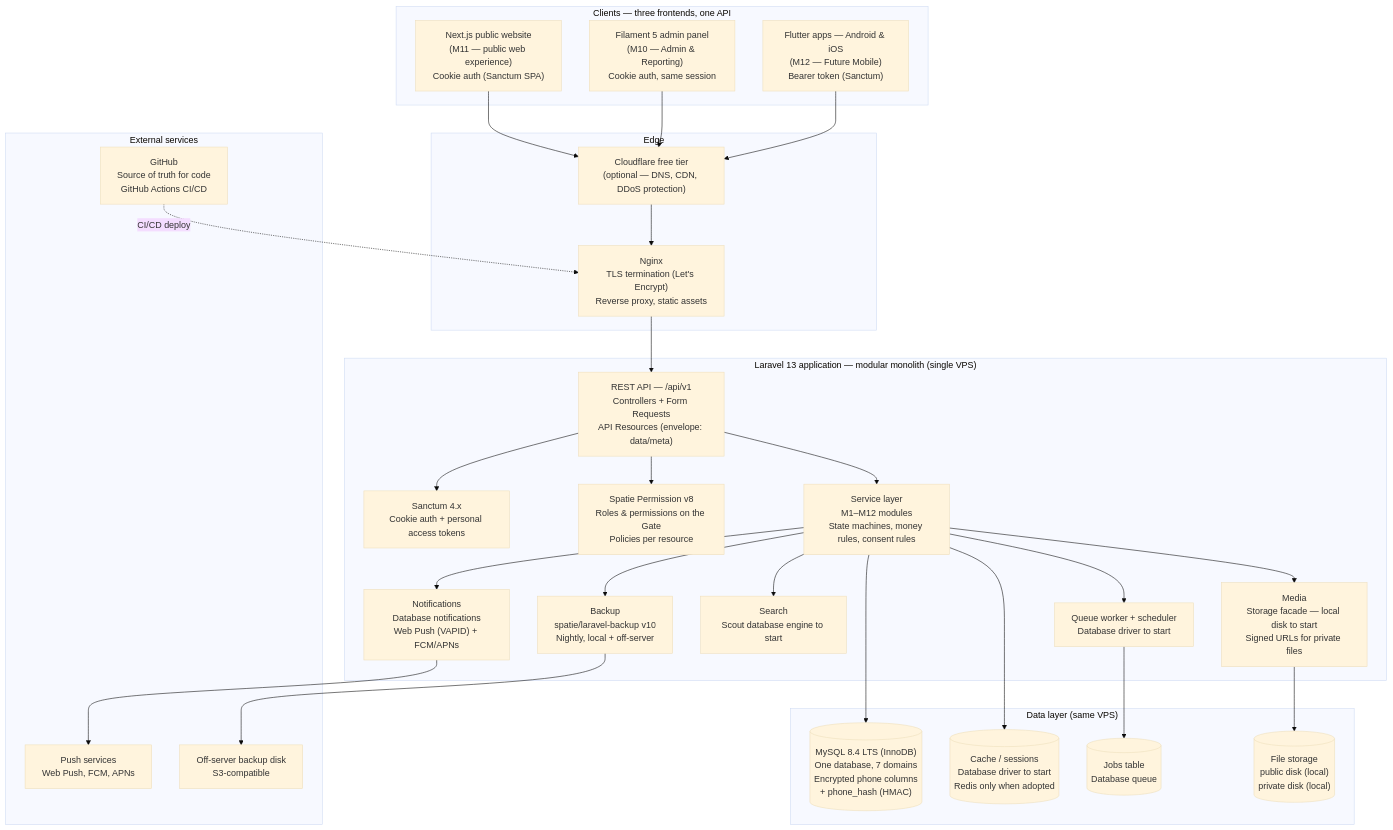
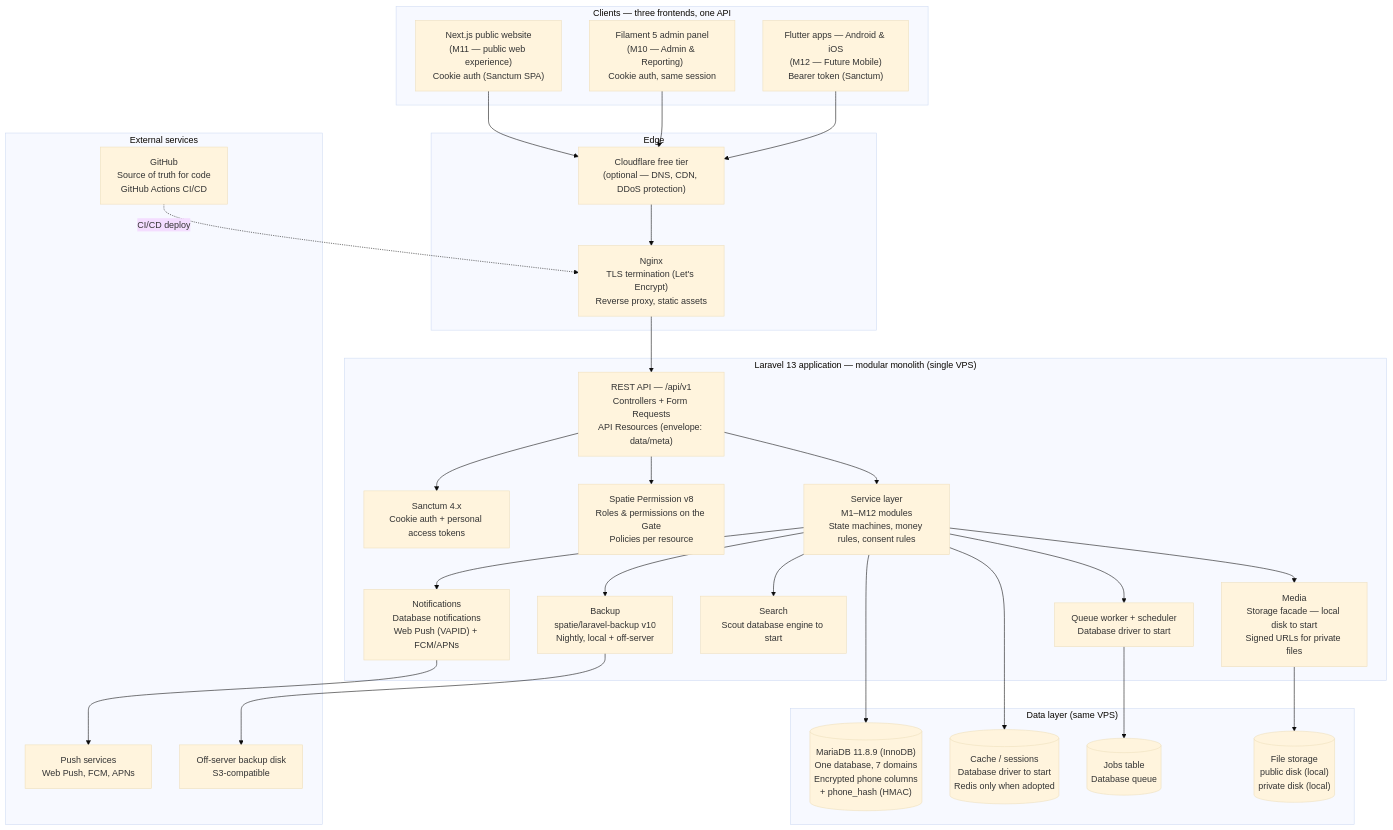
One commit to mefahim/satanipara-community changed the diagram in docs/backend-architecture/diagrams/SYSTEM-ARCHITECTURE.md. Above: the diagram before and after it, drawn with Mermaid (base theme). The commit also changed 60 other files, not shown here.

Commit message:
Phase 1: MariaDB 11.8.9 architecture addendum and compatibility reconciliation

````diff
--- a/docs/backend-architecture/diagrams/SYSTEM-ARCHITECTURE.md
+++ b/docs/backend-architecture/diagrams/SYSTEM-ARCHITECTURE.md
@@ -11,59 +11,59 @@
 ```mermaid
 flowchart TD
     subgraph Clients["Clients — three frontends, one API"]
         WEB["Next.js public website<br/>(M11 — public web experience)<br/>Cookie auth (Sanctum SPA)"]
         ADMIN["Filament 5 admin panel<br/>(M10 — Admin & Reporting)<br/>Cookie auth, same session"]
         APP["Flutter apps — Android & iOS<br/>(M12 — Future Mobile)<br/>Bearer token (Sanctum)"]
     end
 
     subgraph Edge["Edge"]
         CF["Cloudflare free tier<br/>(optional — DNS, CDN, DDoS protection)"]
         NGINX["Nginx<br/>TLS termination (Let's Encrypt)<br/>Reverse proxy, static assets"]
     end
 
     subgraph Backend["Laravel 13 application — modular monolith (single VPS)"]
         API["REST API — /api/v1<br/>Controllers + Form Requests<br/>API Resources (envelope: data/meta)"]
         AUTH["Sanctum 4.x<br/>Cookie auth + personal access tokens"]
         RBAC["Spatie Permission v8<br/>Roles & permissions on the Gate<br/>Policies per resource"]
         SVC["Service layer<br/>M1–M12 modules<br/>State machines, money rules, consent rules"]
         NOTIF["Notifications<br/>Database notifications<br/>Web Push (VAPID) + FCM/APNs"]
         QUEUE["Queue worker + scheduler<br/>Database driver to start"]
         SEARCH["Search<br/>Scout database engine to start"]
         MEDIA["Media<br/>Storage facade — local disk to start<br/>Signed URLs for private files"]
         BACKUP["Backup<br/>spatie/laravel-backup v10<br/>Nightly, local + off-server"]
     end
 
     subgraph Data["Data layer (same VPS)"]
-        DB[("MySQL 8.4 LTS (InnoDB)<br/>One database, 7 domains<br/>Encrypted phone columns<br/>+ phone_hash (HMAC)")]
+        DB[("MariaDB 11.8.9 (InnoDB)<br/>One database, 7 domains<br/>Encrypted phone columns<br/>+ phone_hash (HMAC)")]
         CACHE[("Cache / sessions<br/>Database driver to start<br/>Redis only when adopted")]
         JOBS[("Jobs table<br/>Database queue")]
         STORE[("File storage<br/>public disk (local)<br/>private disk (local)")]
     end
 
     subgraph External["External services"]
         PUSH["Push services<br/>Web Push, FCM, APNs"]
         S3["Off-server backup disk<br/>S3-compatible"]
         GH["GitHub<br/>Source of truth for code<br/>GitHub Actions CI/CD"]
     end
 
     WEB --> CF
     ADMIN --> CF
     APP --> CF
     CF --> NGINX
     NGINX --> API
     API --> AUTH
     API --> RBAC
     API --> SVC
     SVC --> NOTIF
     SVC --> QUEUE
     SVC --> SEARCH
     SVC --> MEDIA
     SVC --> BACKUP
     SVC --> DB
     SVC --> CACHE
     QUEUE --> JOBS
     MEDIA --> STORE
     NOTIF --> PUSH
     BACKUP --> S3
     GH -.->|"CI/CD deploy"| NGINX
 ```
````
